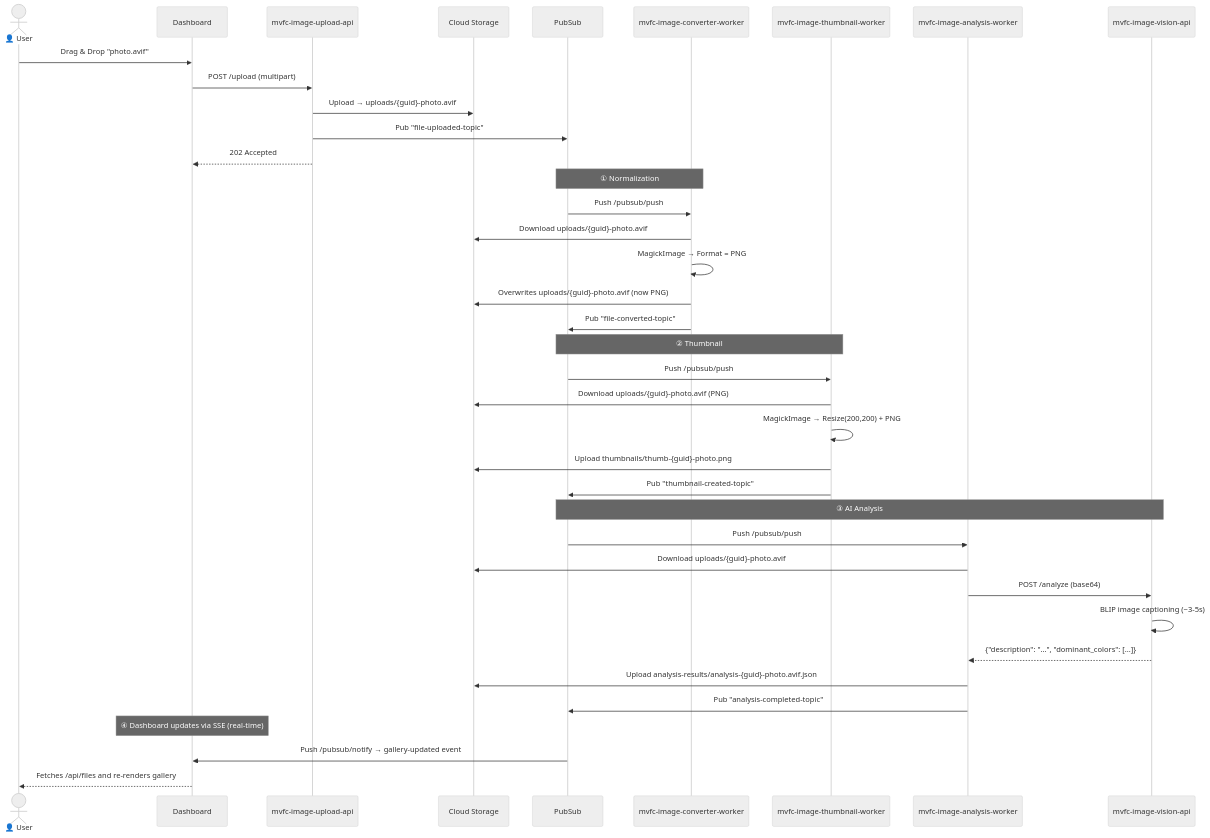
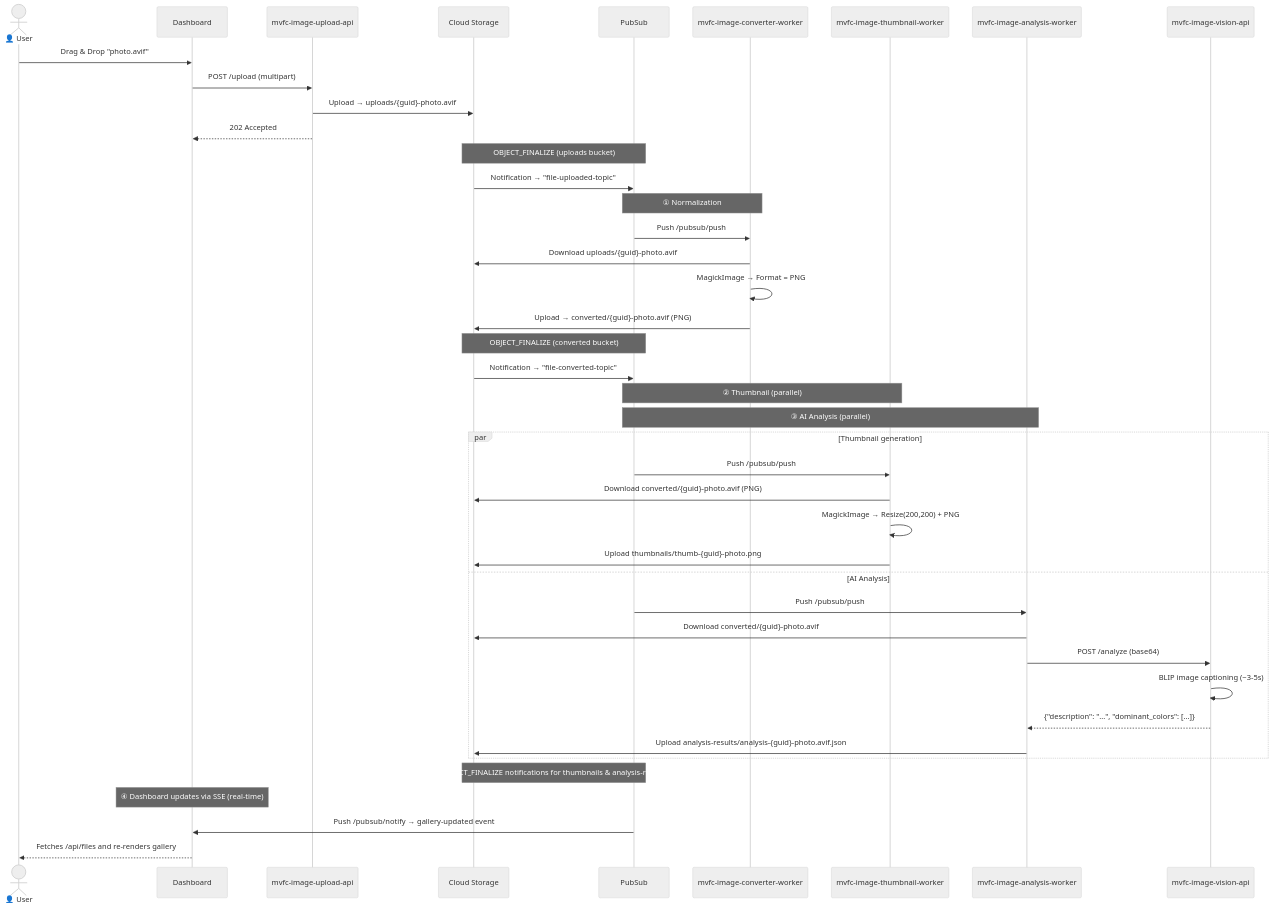
One commit to Marcus-V-Freitas/MVFC.ImageProcessing changed the second of 6 diagrams in README.md. Above: the diagram before and after it, drawn with Mermaid (neutral theme). The commit also changed other lines of this file and 48 other files, not shown here.

First line of the commit message:
feat(architecture): migrate pipeline to GCS Object Notifications

````diff
--- a/README.md
+++ b/README.md
@@ -132,48 +138,53 @@
 ```mermaid
 sequenceDiagram
     actor U as 👤 User
     participant D as Dashboard
     participant API as mvfc-image-upload-api
     participant GCS as Cloud Storage
     participant PS as PubSub
     participant CONV as mvfc-image-converter-worker
     participant TW as mvfc-image-thumbnail-worker
     participant IA as mvfc-image-analysis-worker
     participant VA as mvfc-image-vision-api
 
     U->>D: Drag & Drop "photo.avif"
     D->>API: POST /upload (multipart)
     API->>GCS: Upload → uploads/{guid}-photo.avif
-    API->>PS: Pub "file-uploaded-topic"
     API-->>D: 202 Accepted
+
+    Note over GCS,PS: OBJECT_FINALIZE (uploads bucket)
+    GCS->>PS: Notification → "file-uploaded-topic"
 
     Note over PS,CONV: ① Normalization
 
     PS->>CONV: Push /pubsub/push
     CONV->>GCS: Download uploads/{guid}-photo.avif
     CONV->>CONV: MagickImage → Format = PNG
-    CONV->>GCS: Overwrites uploads/{guid}-photo.avif (now PNG)
-    CONV->>PS: Pub "file-converted-topic"
+    CONV->>GCS: Upload → converted/{guid}-photo.avif (PNG)
 
-    Note over PS,TW: ② Thumbnail
+    Note over GCS,PS: OBJECT_FINALIZE (converted bucket)
+    GCS->>PS: Notification → "file-converted-topic"
 
-    PS->>TW: Push /pubsub/push
-    TW->>GCS: Download uploads/{guid}-photo.avif (PNG)
-    TW->>TW: MagickImage → Resize(200,200) + PNG
-    TW->>GCS: Upload thumbnails/thumb-{guid}-photo.png
-    TW->>PS: Pub "thumbnail-created-topic"
+    Note over PS,TW: ② Thumbnail (parallel)
+    Note over PS,IA: ③ AI Analysis (parallel)
 
-    Note over PS,VA: ③ AI Analysis
+    par Thumbnail generation
+        PS->>TW: Push /pubsub/push
+        TW->>GCS: Download converted/{guid}-photo.avif (PNG)
+        TW->>TW: MagickImage → Resize(200,200) + PNG
+        TW->>GCS: Upload thumbnails/thumb-{guid}-photo.png
+    and AI Analysis
+        PS->>IA: Push /pubsub/push
+        IA->>GCS: Download converted/{guid}-photo.avif
+        IA->>VA: POST /analyze (base64)
+        VA->>VA: BLIP image captioning (~3-5s)
+        VA-->>IA: {"description": "...", "dominant_colors": [...]}
+        IA->>GCS: Upload analysis-results/analysis-{guid}-photo.avif.json
+    end
 
-    PS->>IA: Push /pubsub/push
-    IA->>GCS: Download uploads/{guid}-photo.avif
-    IA->>VA: POST /analyze (base64)
-    VA->>VA: BLIP image captioning (~3-5s)
-    VA-->>IA: {"description": "...", "dominant_colors": [...]}
-    IA->>GCS: Upload analysis-results/analysis-{guid}-photo.avif.json
-    IA->>PS: Pub "analysis-completed-topic"
+    Note over GCS,PS: OBJECT_FINALIZE notifications for thumbnails & analysis-results
 
     Note over D: ④ Dashboard updates via SSE (real-time)
     PS->>D: Push /pubsub/notify → gallery-updated event
     D-->>U: Fetches /api/files and re-renders gallery
 ```
````
